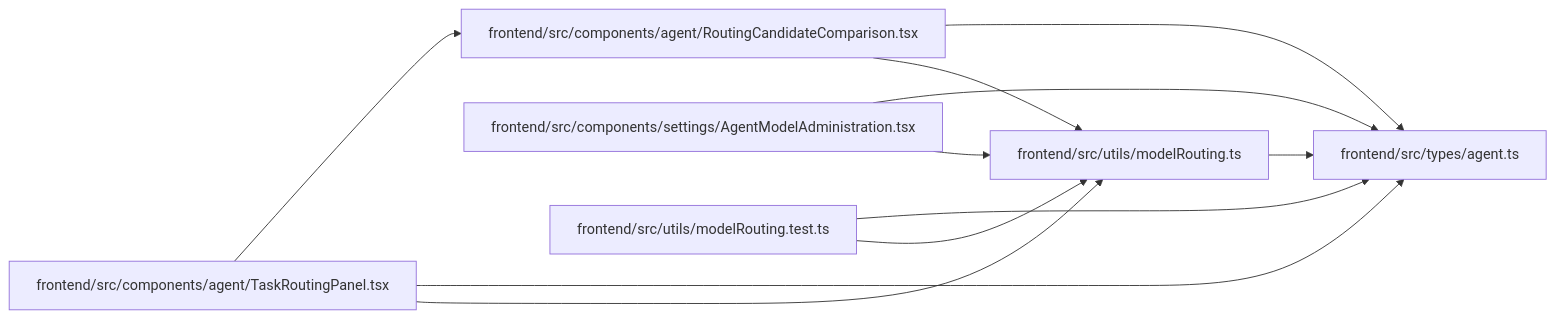
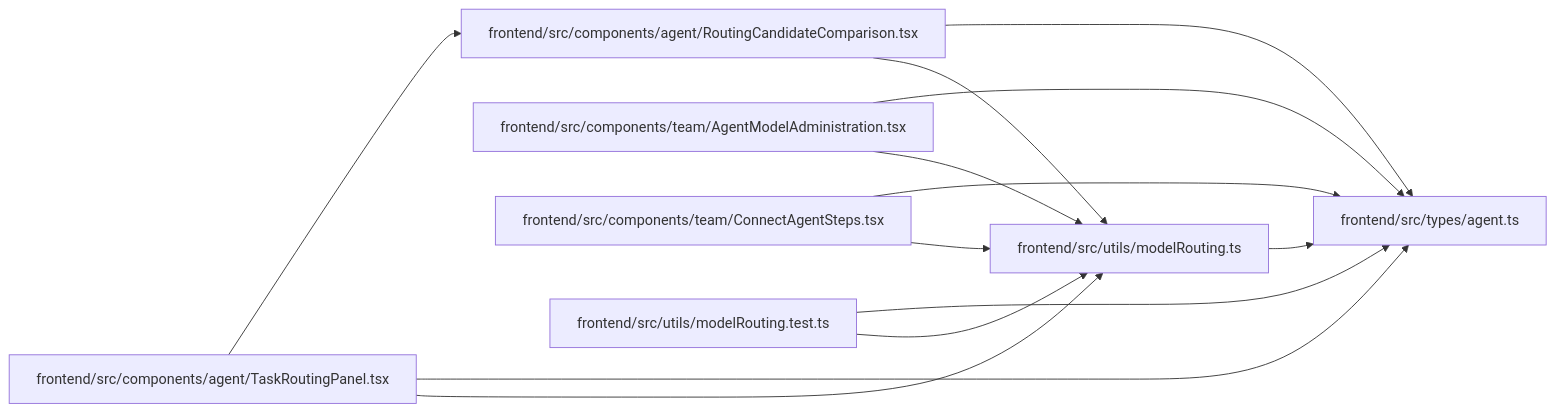
The diagram in docs/llm_wiki/modules/modelRouting.md (Denissvgn/WorkChord), drawn with Mermaid before and after one commit. The commit also changed other lines of this file and 2373 other files, not shown here.

````diff
--- a/docs/llm_wiki/modules/modelRouting.md
+++ b/docs/llm_wiki/modules/modelRouting.md
@@ -28,25 +28,29 @@
 ```mermaid
 flowchart LR
     n0["frontend/src/components/agent/RoutingCandidateComparison.tsx"]
     n1["frontend/src/components/agent/TaskRoutingPanel.tsx"]
-    n2["frontend/src/components/settings/AgentModelAdministration.tsx"]
-    n3["frontend/src/types/agent.ts"]
-    n4["frontend/src/utils/modelRouting.test.ts"]
-    n5["frontend/src/utils/modelRouting.ts"]
-    n0 --> n3
-    n0 --> n5
+    n2["frontend/src/components/team/AgentModelAdministration.tsx"]
+    n3["frontend/src/components/team/ConnectAgentSteps.tsx"]
+    n4["frontend/src/types/agent.ts"]
+    n5["frontend/src/utils/modelRouting.test.ts"]
+    n6["frontend/src/utils/modelRouting.ts"]
+    n0 --> n4
+    n0 --> n6
     n1 --> n0
-    n1 --> n3
-    n1 --> n5
-    n2 --> n3
-    n2 --> n5
-    n4 --> n3
-    n4 --> n5
-    n5 --> n3
+    n1 --> n4
+    n1 --> n6
+    n2 --> n4
+    n2 --> n6
+    n3 --> n4
+    n3 --> n6
+    n5 --> n4
+    n5 --> n6
+    n6 --> n4
     click n0 "../modules/RoutingCandidateComparison.md"
     click n1 "../modules/TaskRoutingPanel.md"
     click n2 "../modules/AgentModelAdministration.md"
-    click n3 "../modules/types_agent.md"
-    click n4 "../modules/modelRouting.test.md"
-    click n5 "../modules/modelRouting.md"
+    click n3 "../modules/ConnectAgentSteps.md"
+    click n4 "../modules/types_agent.md"
+    click n5 "../modules/modelRouting.test.md"
+    click n6 "../modules/modelRouting.md"
 ```
````
